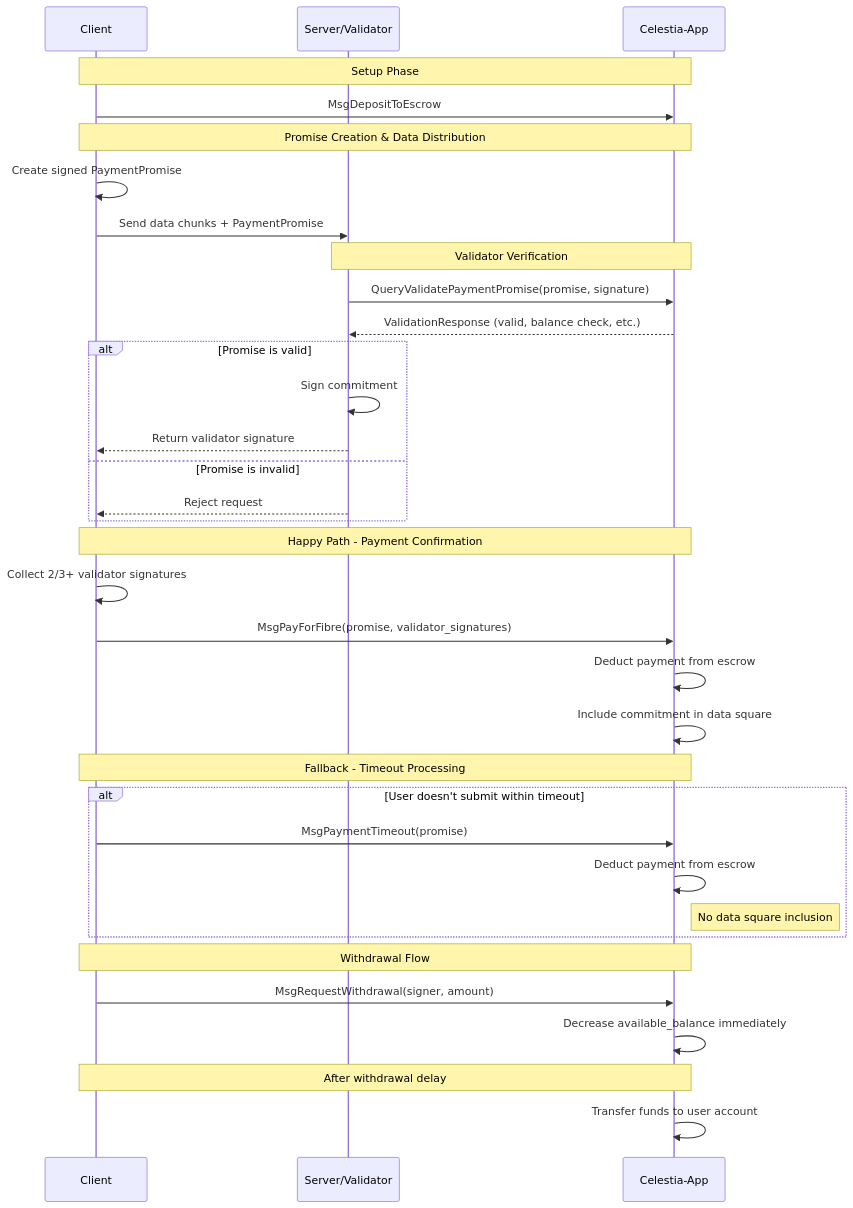
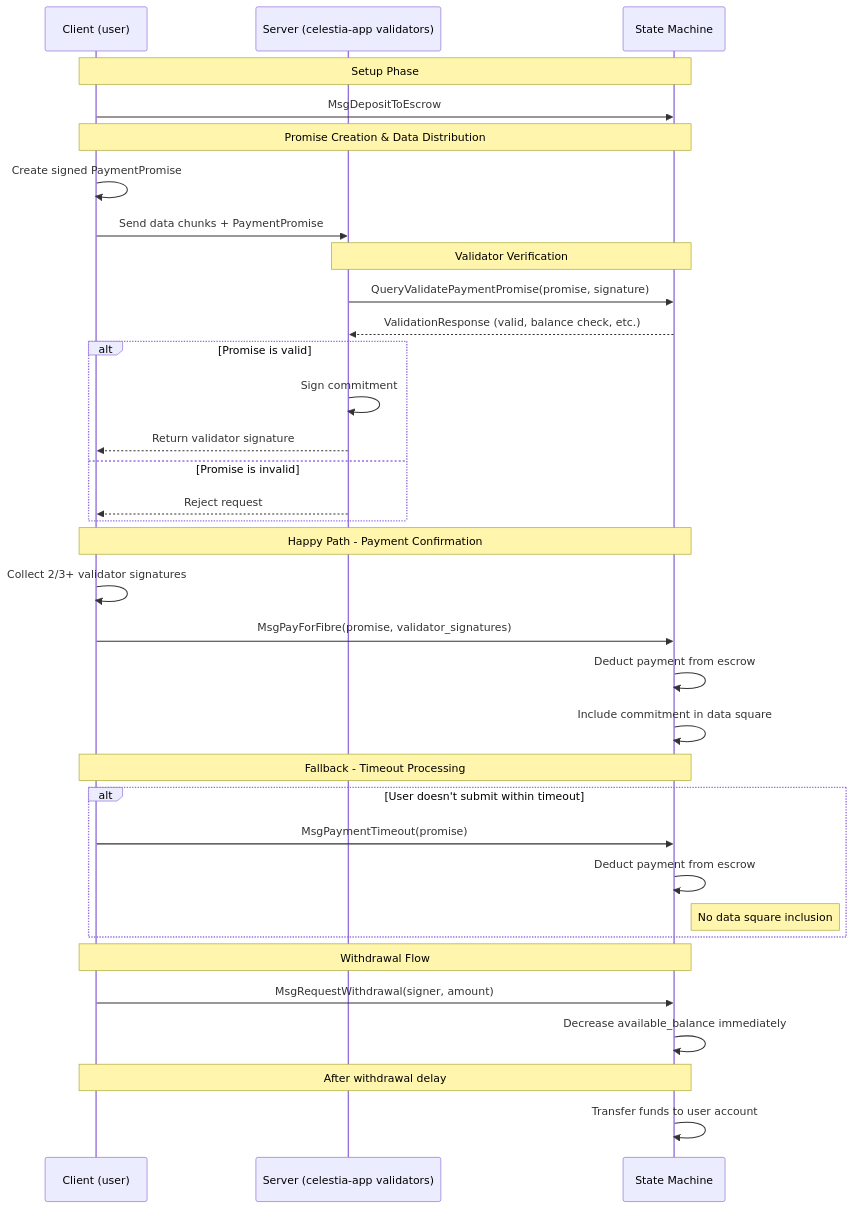
The diagram in sdk_module.md (celestiaorg/celestia-app), drawn with Mermaid before and after one commit.

Commit message:
refactor: rename actors in sequence diagram

````diff
--- a/sdk_module.md
+++ b/sdk_module.md
@@ -412,44 +412,44 @@
 ```mermaid
 sequenceDiagram
-    participant C as Client
-    participant S as Server/Validator
-    participant A as Celestia-App
+    participant C as Client (user)
+    participant S as Server (celestia-app validators)
+    participant A as State Machine
 
     Note over C,A: Setup Phase
     C->>A: MsgDepositToEscrow
 
     Note over C,A: Promise Creation & Data Distribution
     C->>C: Create signed PaymentPromise
     C->>S: Send data chunks + PaymentPromise
 
     Note over S,A: Validator Verification
     S->>A: QueryValidatePaymentPromise(promise, signature)
     A-->>S: ValidationResponse (valid, balance check, etc.)
 
     alt Promise is valid
         S->>S: Sign commitment
         S-->>C: Return validator signature
     else Promise is invalid
         S-->>C: Reject request
     end
 
     Note over C,A: Happy Path - Payment Confirmation
     C->>C: Collect 2/3+ validator signatures
     C->>A: MsgPayForFibre(promise, validator_signatures)
     A->>A: Deduct payment from escrow
     A->>A: Include commitment in data square
 
     Note over C,A: Fallback - Timeout Processing
     alt User doesn't submit within timeout
         C->>A: MsgPaymentTimeout(promise)
         A->>A: Deduct payment from escrow
         Note right of A: No data square inclusion
     end
 
     Note over C,A: Withdrawal Flow
     C->>A: MsgRequestWithdrawal(signer, amount)
     A->>A: Decrease available_balance immediately
 
     Note over C,A: After withdrawal delay
     A->>A: Transfer funds to user account
 ```
````
